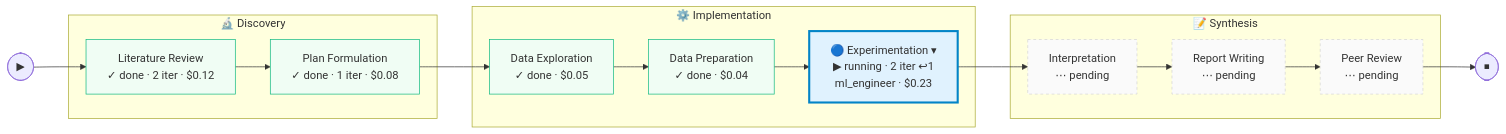
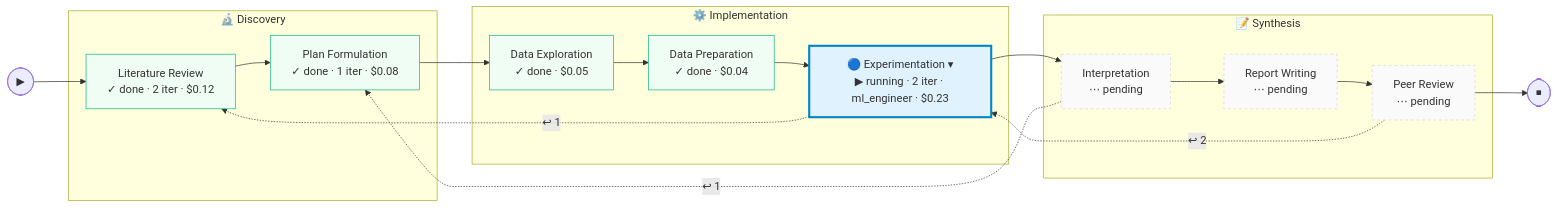
One commit to whats2000/AgentLabX changed the first of 6 diagrams in docs/superpowers/specs/2026-04-14-plan7d-layout-preview.md. Above: the diagram before and after it, drawn with Mermaid. The commit also changed other lines of this file, not shown here.

````diff
--- a/docs/superpowers/specs/2026-04-14-plan7d-layout-preview.md
+++ b/docs/superpowers/specs/2026-04-14-plan7d-layout-preview.md
@@ -22,37 +25,41 @@
 ```mermaid
 flowchart LR
     START([▶]) --> LIT
 
     subgraph DISCOVERY["🔬 Discovery"]
         LIT["Literature Review<br/>✓ done · 2 iter · $0.12"]
         PLAN["Plan Formulation<br/>✓ done · 1 iter · $0.08"]
         LIT --> PLAN
     end
 
     subgraph IMPLEMENTATION["⚙️ Implementation"]
         EDA["Data Exploration<br/>✓ done · $0.05"]
         PREP["Data Preparation<br/>✓ done · $0.04"]
-        EXP["🔵 Experimentation ▾<br/>▶ running · 2 iter ↩1<br/>ml_engineer · $0.23"]
+        EXP["🔵 Experimentation ▾<br/>▶ running · 2 iter · ml_engineer · $0.23"]
         EDA --> PREP
         PREP --> EXP
     end
 
     subgraph SYNTHESIS["📝 Synthesis"]
         INTERP["Interpretation<br/>⋯ pending"]
         REPORT["Report Writing<br/>⋯ pending"]
         REVIEW["Peer Review<br/>⋯ pending"]
         INTERP --> REPORT
         REPORT --> REVIEW
     end
 
     PLAN --> EDA
     EXP --> INTERP
     REVIEW --> END([⏹])
 
+    EXP -. "↩ 1" .-> LIT
+    INTERP -. "↩ 1" .-> PLAN
+    REVIEW -. "↩ 2" .-> EXP
+
     classDef done fill:#f0fdf4,stroke:#10b981
     classDef active fill:#e0f2fe,stroke:#0284c7,stroke-width:3px
     classDef pending fill:#fafafa,stroke:#d4d4d4,stroke-dasharray:4 4
     class LIT,PLAN,EDA,PREP done
     class EXP active
     class INTERP,REPORT,REVIEW pending
 ```
````
